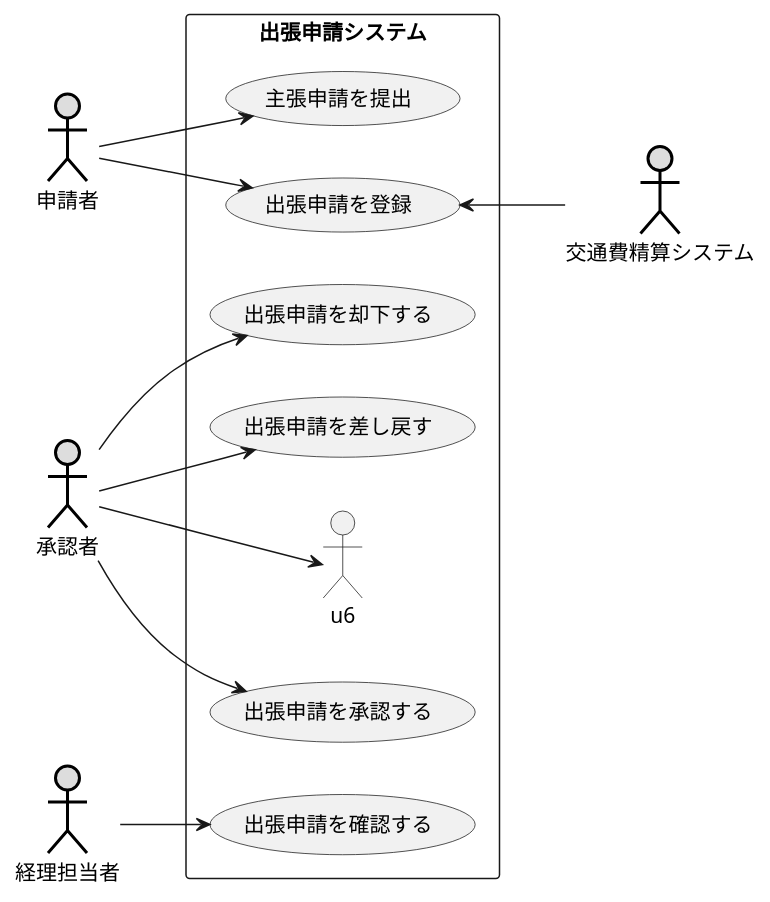
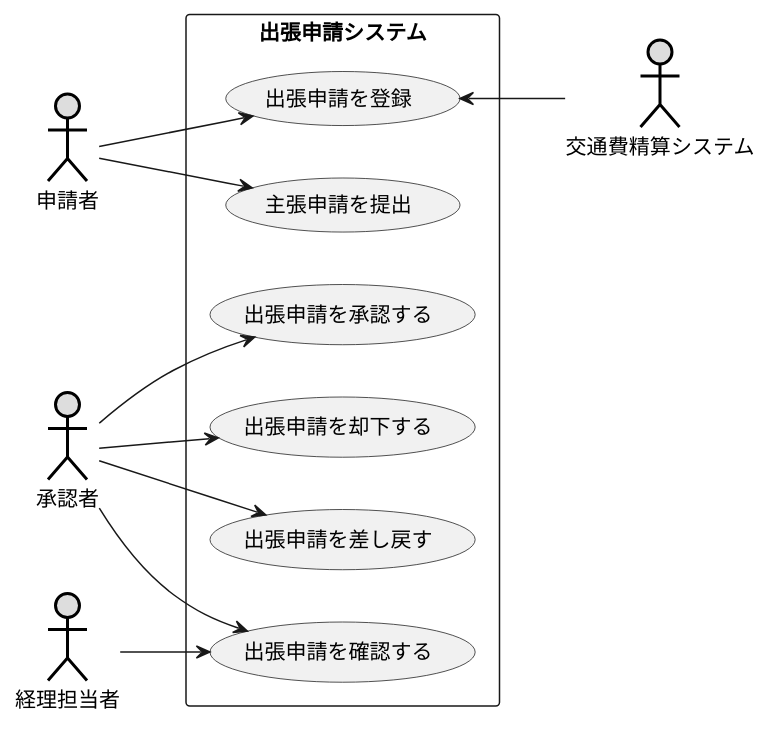
The diagram in 演習2-1_UM_出張管理システム.pu (itouayumu/uml-introduction-), drawn with PlantUML before and after one commit.

Commit message:
演習２－１

```diff
--- a/演習2-1_UM_出張管理システム.pu
+++ b/演習2-1_UM_出張管理システム.pu
@@ -1,23 +1,23 @@
 @startuml 演習２－１
 left to right direction
 actor 申請者 as u1 #DDDDDD;line:black;line.bold;
 actor 承認者 as u2 #DDDDDD;line:black;line.bold;
 actor 経理担当者 as u3 #DDDDDD;line:black;line.bold;
 actor 交通費精算システム as u4 #DDDDDD;line:black;line.bold;
 rectangle 出張申請システム {
 usecase 出張申請を登録 as 1
 usecase 主張申請を提出 as 2
 usecase 出張申請を承認する as 3
 usecase 出張申請を却下する as 4
 usecase 出張申請を差し戻す as 5
 usecase 出張申請を確認する as 6
 u1-->1
 u1-->2
 u2-->3
 u2-->4
 u2-->5
-u2-->u6
+u2-->6
 u3-->6
 1<--u4
 }
 @enduml
```
